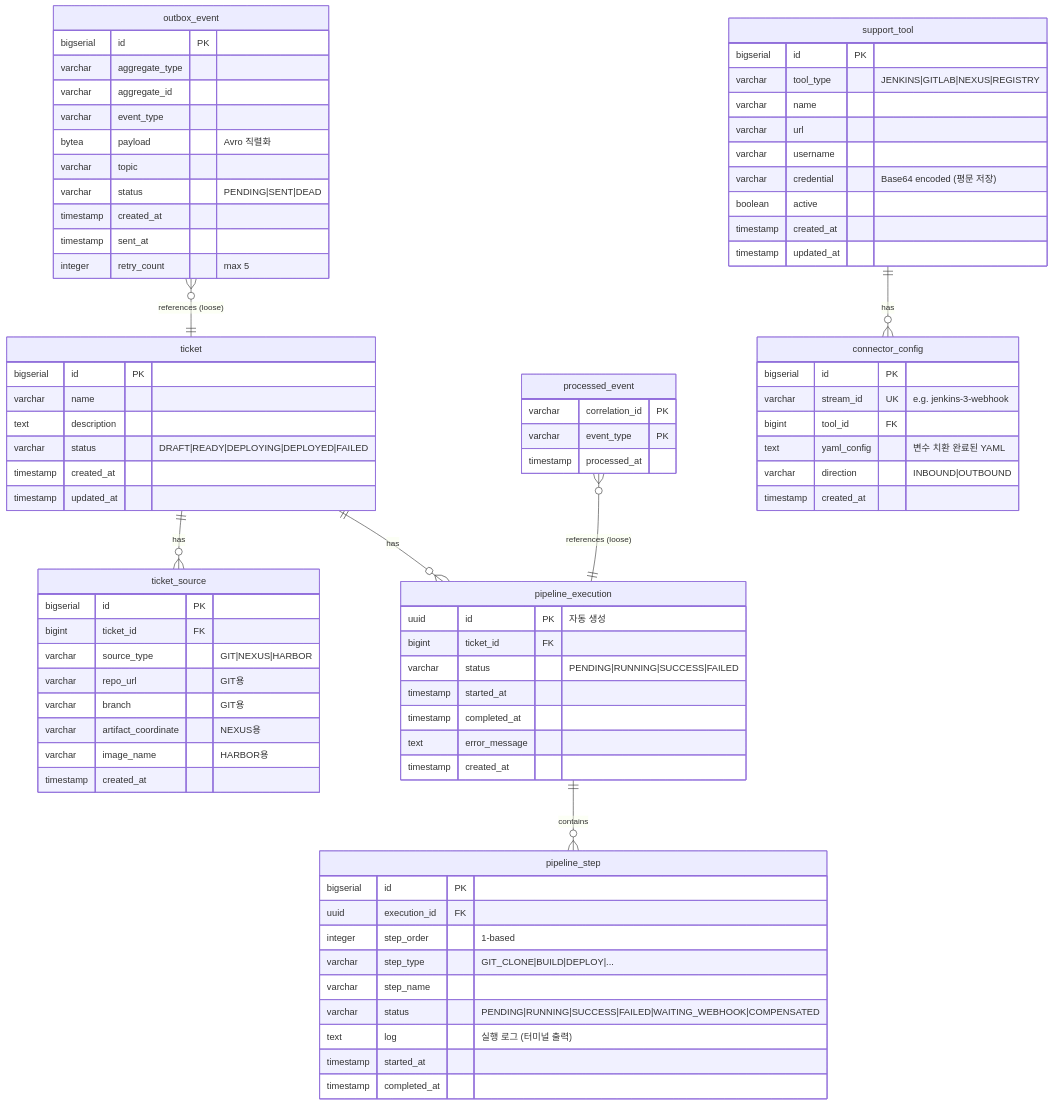
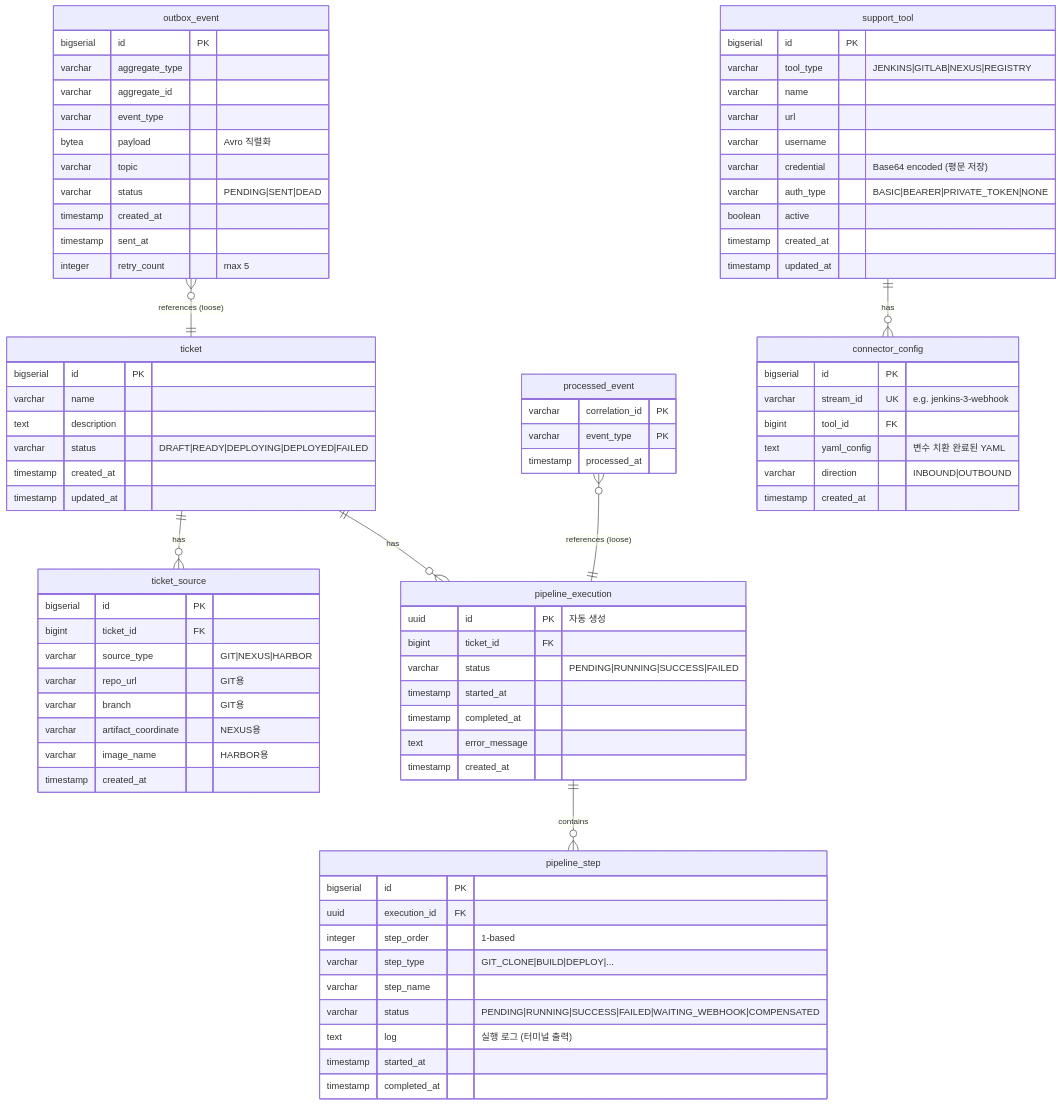
One commit to scofe97/Redpanda-PlayGround changed the first of 8 diagrams in docs/guide/backend-deep-dive.md. Above: the diagram before and after it, drawn with Mermaid. The commit also changed other lines of this file and 6 other files, not shown here.

First line of the commit message:
feat: SupportTool AuthType 추가 및 문서 업데이트

```diff
--- a/docs/guide/backend-deep-dive.md
+++ b/docs/guide/backend-deep-dive.md
@@ -84,6 +84,7 @@
         varchar url
         varchar username
         varchar credential "Base64 encoded (평문 저장)"
+        varchar auth_type "BASIC|BEARER|PRIVATE_TOKEN|NONE"
         boolean active
         timestamp created_at
         timestamp updated_at
```
